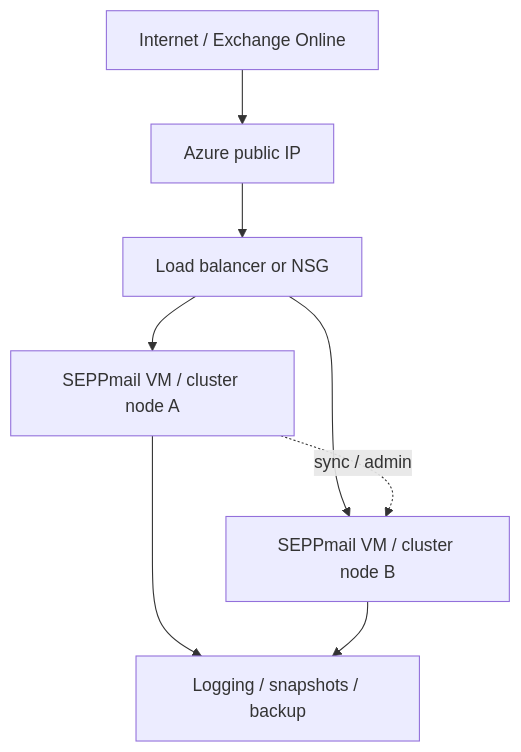
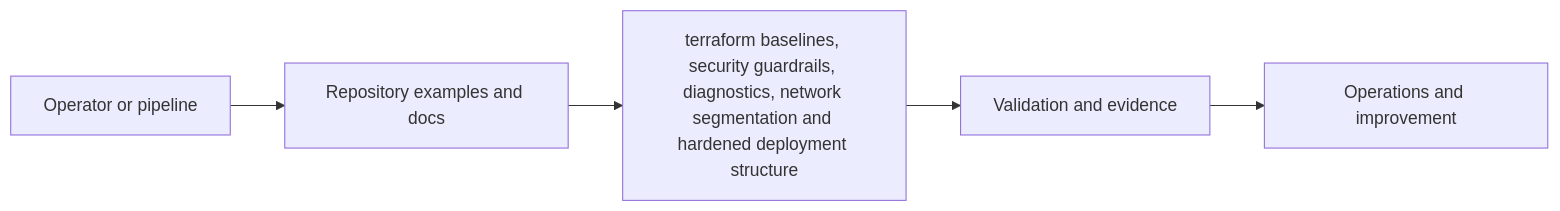
Before and after one commit to Synedat/Seppmail-IaC-hardened-azure: the diagram in README.md, drawn with Mermaid. The commit also changed other lines of this file and 79 other files, not shown here.

````diff
--- a/README.md
+++ b/README.md
@@ -30,10 +79,7 @@
 ```mermaid
-flowchart TB
-    A[Internet / Exchange Online] --> B[Azure public IP]
-    B --> C[Load balancer or NSG]
-    C --> D[SEPPmail VM / cluster node A]
-    C --> E[SEPPmail VM / cluster node B]
-    D -. sync / admin .-> E
-    D --> F[Logging / snapshots / backup]
-    E --> F
+flowchart LR
+    A[Operator or pipeline] --> B[Repository examples and docs]
+    B --> C[terraform baselines, security guardrails, diagnostics, network segmentation and hardened deployment structure]
+    C --> D[Validation and evidence]
+    D --> E[Operations and improvement]
 ```
````
